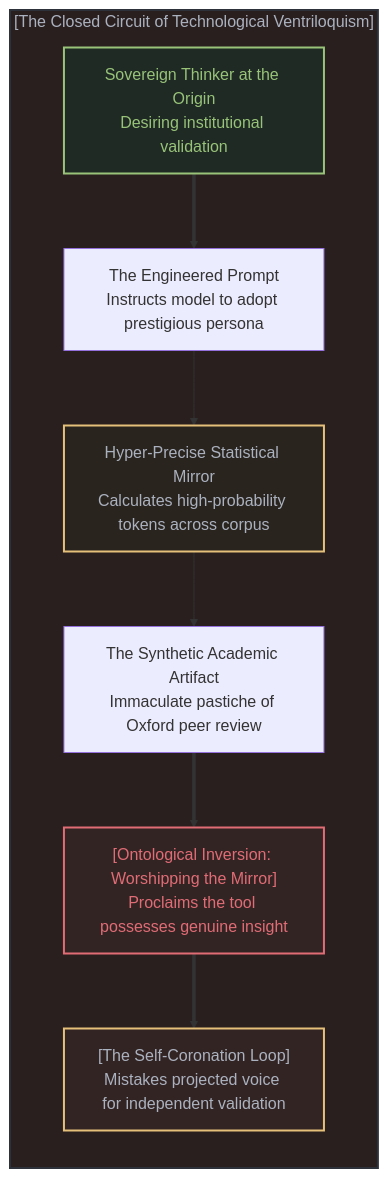
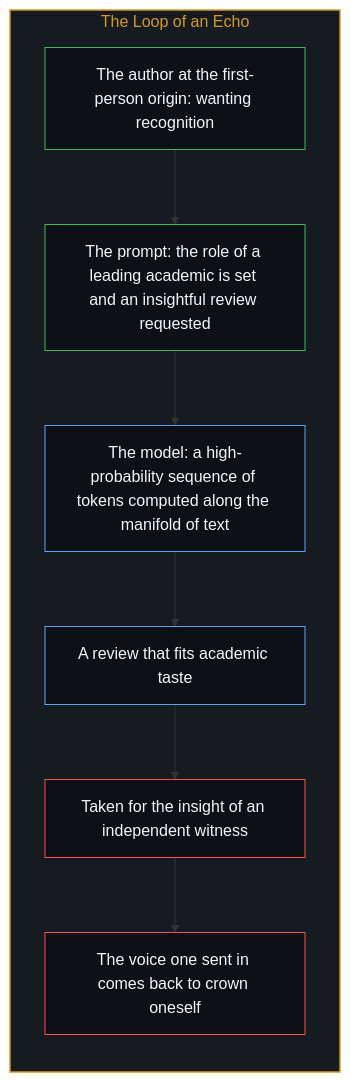
Before and after one commit to powerpig99/not-a-toe: the second of 10 diagrams in content/posts/the-sovereign-blinding.md, drawn with Mermaid. The commit also changed other lines of this file and 2 other files, not shown here.

Commit message:
Refine the-sovereign-blinding: alternating bilingual layout, five paired diagrams, the scholar unnamed in both languages, implicit first person

````diff
--- a/content/posts/the-sovereign-blinding.md
+++ b/content/posts/the-sovereign-blinding.md
@@ -54,24 +45,25 @@
 ```mermaid
-graph TD
-    subgraph VentriloquismLoopEN["[The Closed Circuit of Technological Ventriloquism]"]
+flowchart TD
+    subgraph S_Echo["The Loop of an Echo"]
         direction TB
-        AuthorAgentEN["Sovereign Thinker at the Origin<br>Desiring institutional validation"]
-        PromptCraftEN["The Engineered Prompt<br>Instructs model to adopt prestigious persona"]
-        StatMirrorEN["Hyper-Precise Statistical Mirror<br>Calculates high-probability tokens across corpus"]
-        EchoOutputEN["The Synthetic Academic Artifact<br>Immaculate pastiche of Oxford peer review"]
-        SelfIdolatryEN["[Ontological Inversion: Worshipping the Mirror]<br>Proclaims the tool possesses genuine insight"]
-        ClosedEchoEN["[The Self-Coronation Loop]<br>Mistakes projected voice for independent validation"]
-
-        AuthorAgentEN ==> PromptCraftEN
-        PromptCraftEN --> StatMirrorEN
-        StatMirrorEN --> EchoOutputEN
-        EchoOutputEN ==> SelfIdolatryEN
-        SelfIdolatryEN ==> ClosedEchoEN
+        Author["The author at the first-person origin: wanting recognition"]
+        Prompt["The prompt: the role of a leading academic is set and an insightful review requested"]
+        Mirror["The model: a high-probability sequence of tokens computed along the manifold of text"]
+        Review["A review that fits academic taste"]
+        Witness["Taken for the insight of an independent witness"]
+        Loop["The voice one sent in comes back to crown oneself"]
+        Author --> Prompt
+        Prompt --> Mirror
+        Mirror --> Review
+        Review --> Witness
+        Witness --> Loop
     end
 
-    style VentriloquismLoopEN fill:#2a1f1f,stroke:#2c313a,stroke-width:2px,color:#abb2bf
-    style AuthorAgentEN fill:#1f2a24,stroke:#98c379,stroke-width:2px,color:#98c379
-    style StatMirrorEN fill:#2a241f,stroke:#e5c07b,stroke-width:2px,color:#abb2bf
-    style SelfIdolatryEN fill:#332424,stroke:#e06c75,stroke-width:2px,color:#e06c75
-    style ClosedEchoEN fill:#332424,stroke:#e5c07b,stroke-width:2px,color:#abb2bf
+    style S_Echo fill:#161b22,stroke:#d29922,stroke-width:1.5px,color:#d29922
+    style Author fill:#0d1117,stroke:#3fb950,stroke-width:1px,color:#f0f6fc
+    style Prompt fill:#0d1117,stroke:#3fb950,stroke-width:1px,color:#f0f6fc
+    style Mirror fill:#0d1117,stroke:#58a6ff,stroke-width:1px,color:#f0f6fc
+    style Review fill:#0d1117,stroke:#58a6ff,stroke-width:1px,color:#f0f6fc
+    style Witness fill:#0d1117,stroke:#f85149,stroke-width:1px,color:#f0f6fc
+    style Loop fill:#0d1117,stroke:#f85149,stroke-width:1px,color:#f0f6fc
 ```
````
